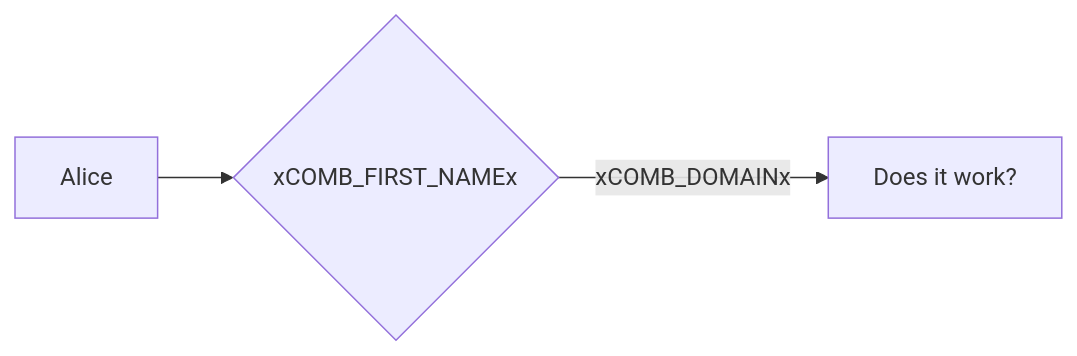
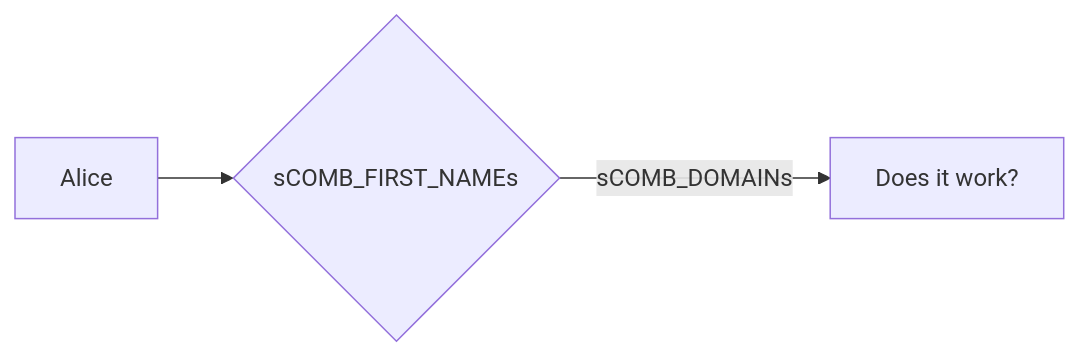
The first of 2 diagrams in docs/tests/mermaid_diagrams.md (six-two/mkdocs-placeholder-plugin), drawn with Mermaid before and after one commit. The commit also changed other lines of this file and 9 other files, not shown here.

````diff
--- a/docs/tests/mermaid_diagrams.md
+++ b/docs/tests/mermaid_diagrams.md
@@ -35,5 +37,5 @@
 ```mermaid
 graph LR
-  A[Alice] --> B{xCOMB_FIRST_NAMEx};
-  B -->|xCOMB_DOMAINx| C[Does it work?];
+  A[Alice] --> B{sCOMB_FIRST_NAMEs};
+  B -->|sCOMB_DOMAINs| C[Does it work?];
 ```
````
